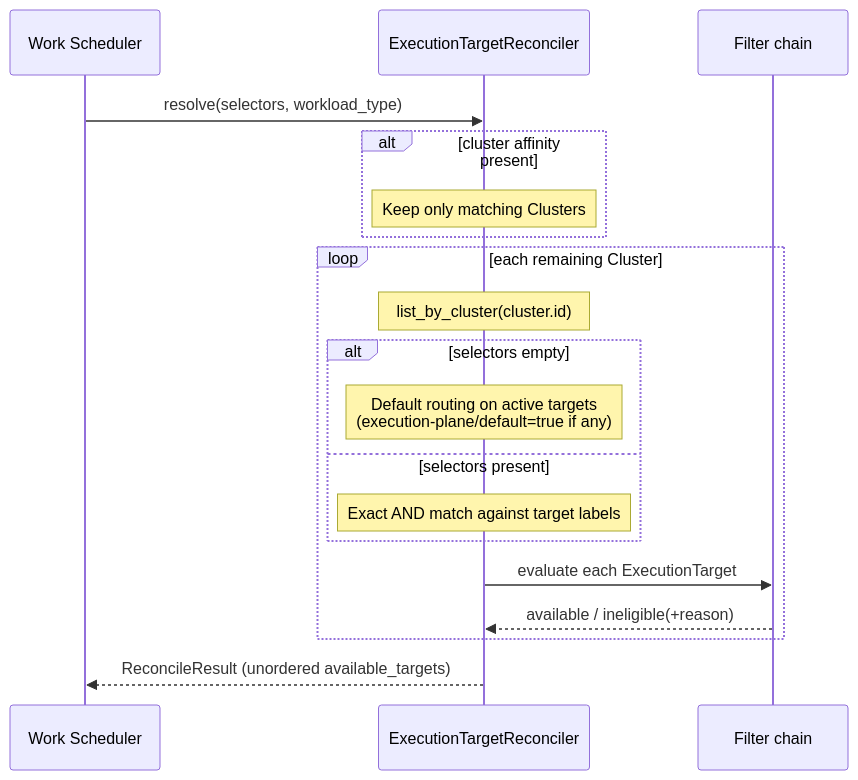
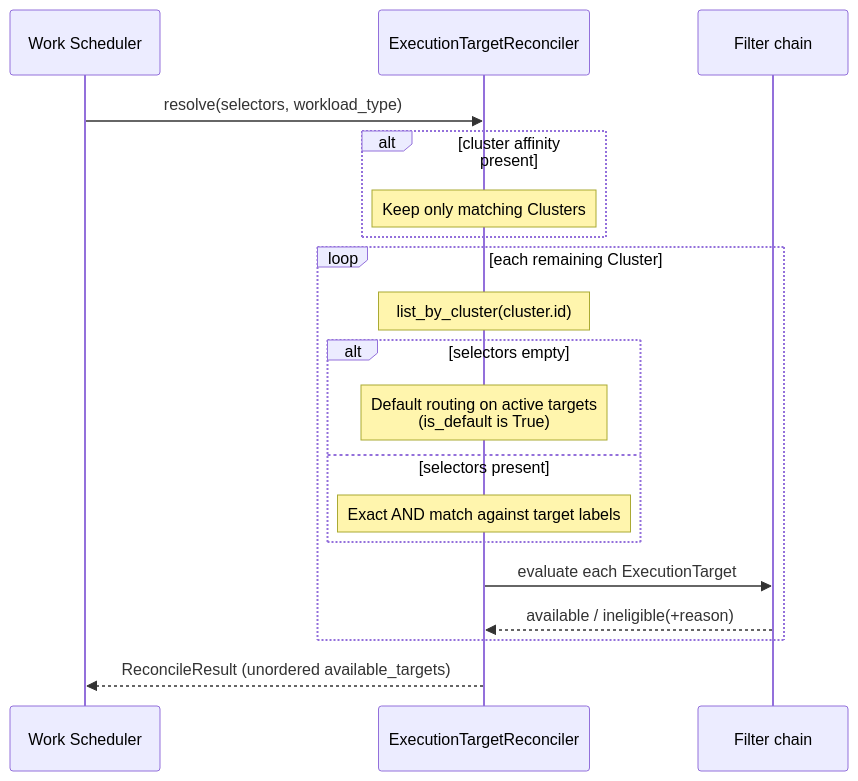
The third of 3 diagrams in backend/docs/execution-plane/executiontarget-reconciler.md (syntara-orchestration/syntara), drawn with Mermaid before and after one commit. The commit also changed other lines of this file, not shown here.

First line of the commit message:
docs(AAP-92721): remove reference to execution-plane/default=true

````diff
--- a/backend/docs/execution-plane/executiontarget-reconciler.md
+++ b/backend/docs/execution-plane/executiontarget-reconciler.md
@@ -532,25 +532,25 @@
 ```mermaid
 sequenceDiagram
     participant S as Work Scheduler
     participant R as ExecutionTargetReconciler
     participant F as Filter chain
 
     S->>R: resolve(selectors, workload_type)
 
     alt cluster affinity present
         Note over R: Keep only matching Clusters
     end
 
     loop each remaining Cluster
         Note over R: list_by_cluster(cluster.id)
         alt selectors empty
-            Note over R: Default routing on active targets<br/>(execution-plane/default=true if any)
+            Note over R: Default routing on active targets<br/>(is_default is True)
         else selectors present
             Note over R: Exact AND match against target labels
         end
         R->>F: evaluate each ExecutionTarget
         F-->>R: available / ineligible(+reason)
     end
 
     R-->>S: ReconcileResult (unordered available_targets)
 ```
````
